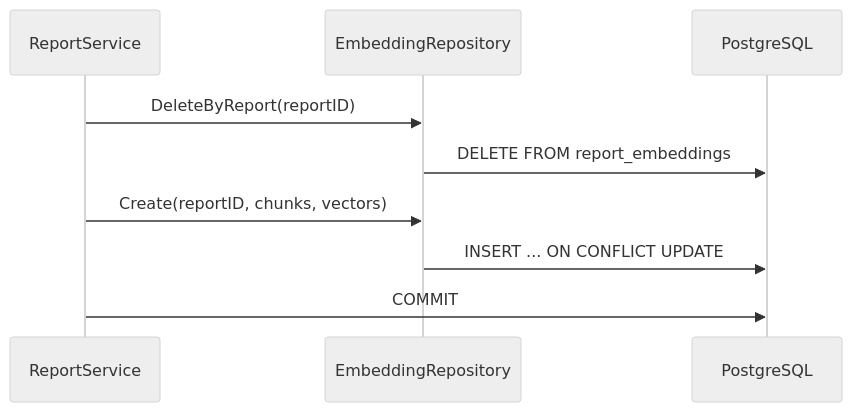
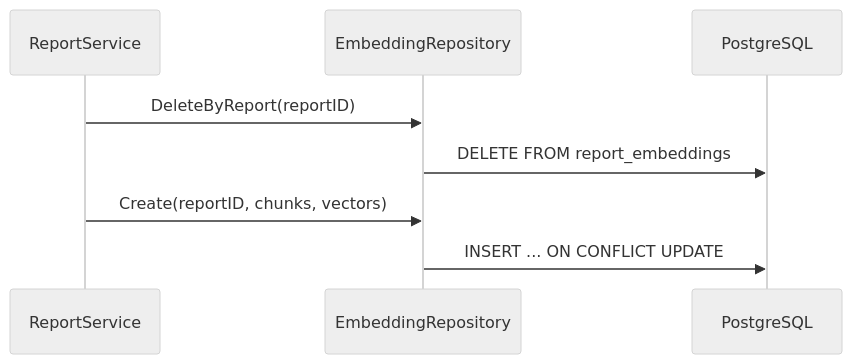
The second of 5 diagrams in book/ch12.md (ileego/go_react_ai), drawn with Mermaid (neutral theme) before and after one commit. The commit also changed other lines of this file and 1 other file, not shown here.

````diff
--- a/book/ch12.md
+++ b/book/ch12.md
@@ -289,12 +314,11 @@
 ```mermaid
 sequenceDiagram
     participant S as ReportService
     participant E as EmbeddingRepository
     participant DB as PostgreSQL
 
     S->>E: DeleteByReport(reportID)
     E->>DB: DELETE FROM report_embeddings
     S->>E: Create(reportID, chunks, vectors)
     E->>DB: INSERT ... ON CONFLICT UPDATE
-    S->>DB: COMMIT
 ```
````
